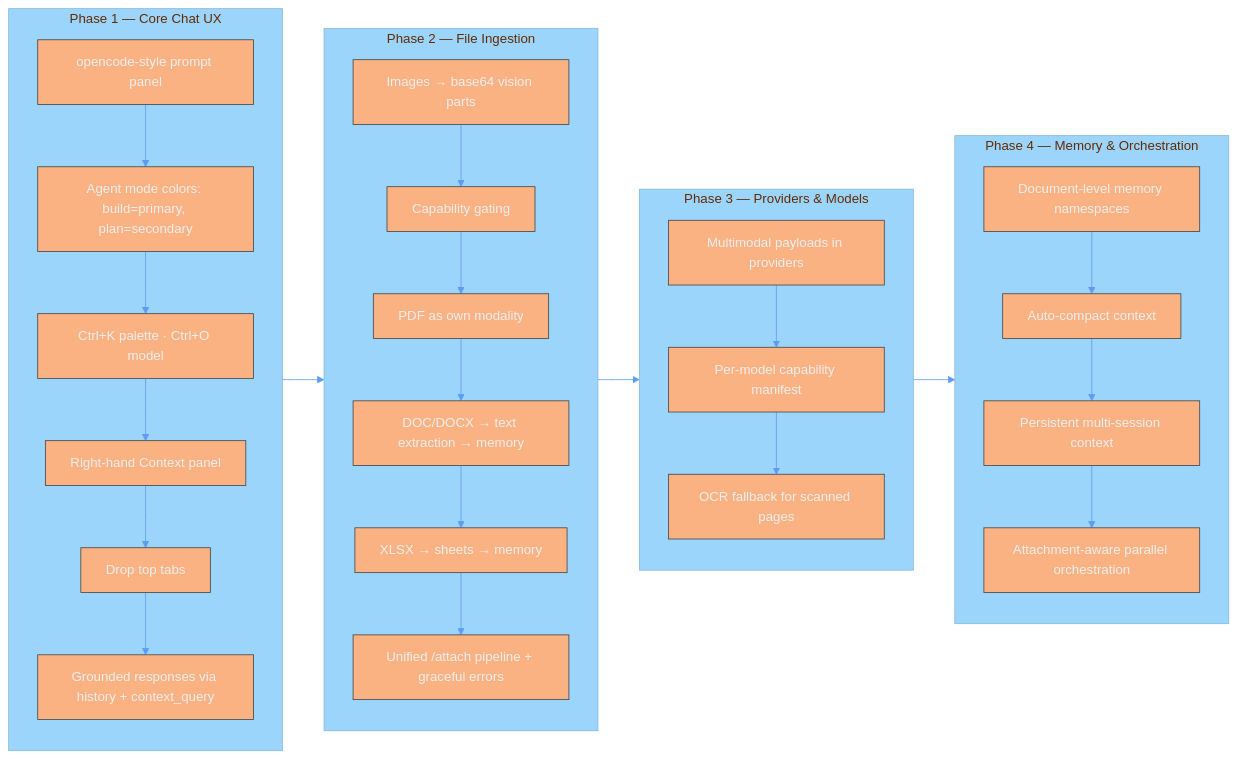
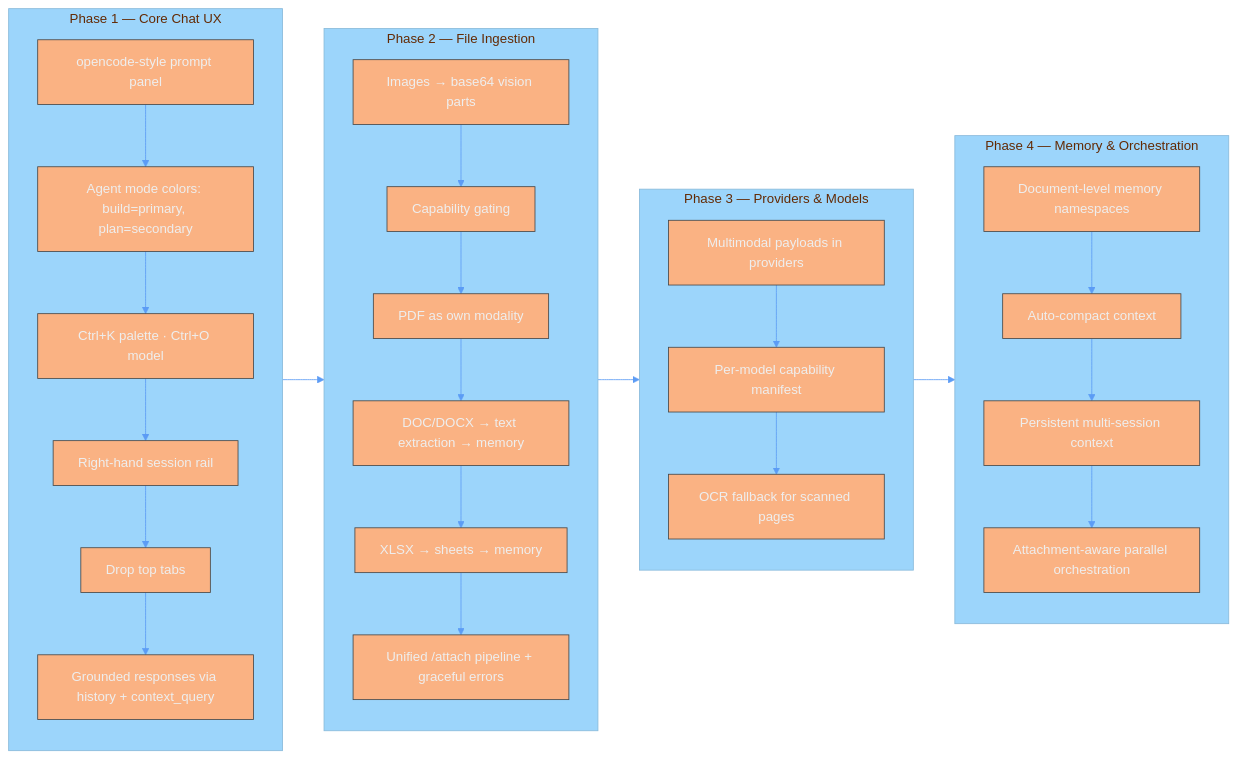
One commit to MathiTz/motion-harness changed the diagram in README.md. Above: the diagram before and after it, drawn with Mermaid. The commit also changed other lines of this file and 6 other files, not shown here.

````diff
--- a/README.md
+++ b/README.md
@@ -254,36 +254,36 @@
 ```mermaid
 %%{init: {'theme': 'base', 'themeVariables': { 'primaryColor': '#fab283', 'primaryBorderColor': '#484848', 'primaryTextColor': '#eeeeee', 'lineColor': '#5c9cf5' }}}%%
 flowchart LR
     subgraph P1[Phase 1 — Core Chat UX]
         direction TB
         A[opencode-style prompt panel] --> B[Agent mode colors: build=primary, plan=secondary]
         B --> C[Ctrl+K palette · Ctrl+O model]
-        C --> D[Right-hand Context panel]
+        C --> D[Right-hand session rail]
         D --> E[Drop top tabs]
         E --> F[Grounded responses via history + context_query]
     end
 
     subgraph P2[Phase 2 — File Ingestion]
         direction TB
         G[Images → base64 vision parts] --> H[Capability gating]
         H --> I[PDF as own modality]
         I --> J[DOC/DOCX → text extraction → memory]
         J --> K[XLSX → sheets → memory]
         K --> L[Unified /attach pipeline + graceful errors]
     end
 
     subgraph P3[Phase 3 — Providers & Models]
         direction TB
         M[Multimodal payloads in providers] --> N[Per-model capability manifest]
         N --> O[OCR fallback for scanned pages]
     end
 
     subgraph P4[Phase 4 — Memory & Orchestration]
         direction TB
         P[Document-level memory namespaces] --> Q[Auto-compact context]
         Q --> R[Persistent multi-session context]
         R --> S[Attachment-aware parallel orchestration]
     end
 
     P1 --> P2 --> P3 --> P4
 ```
````
